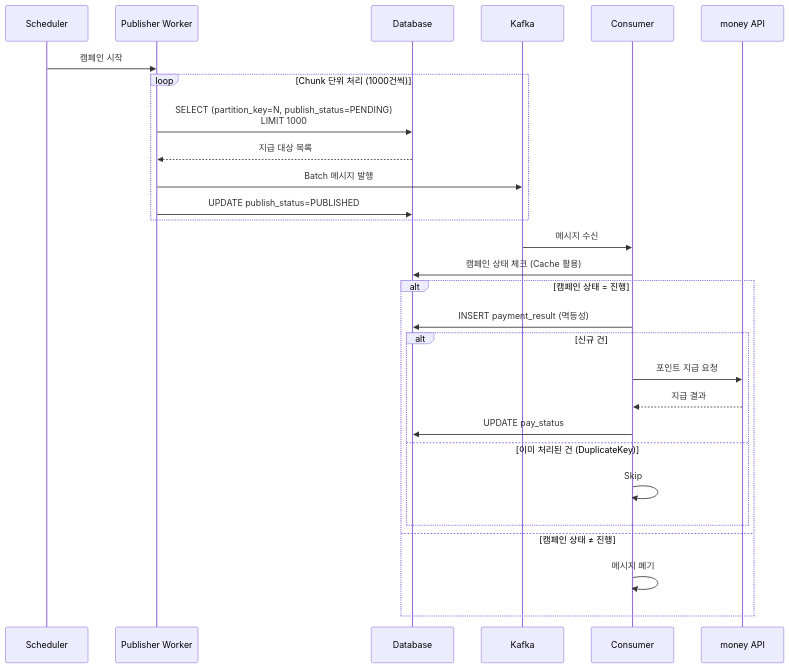
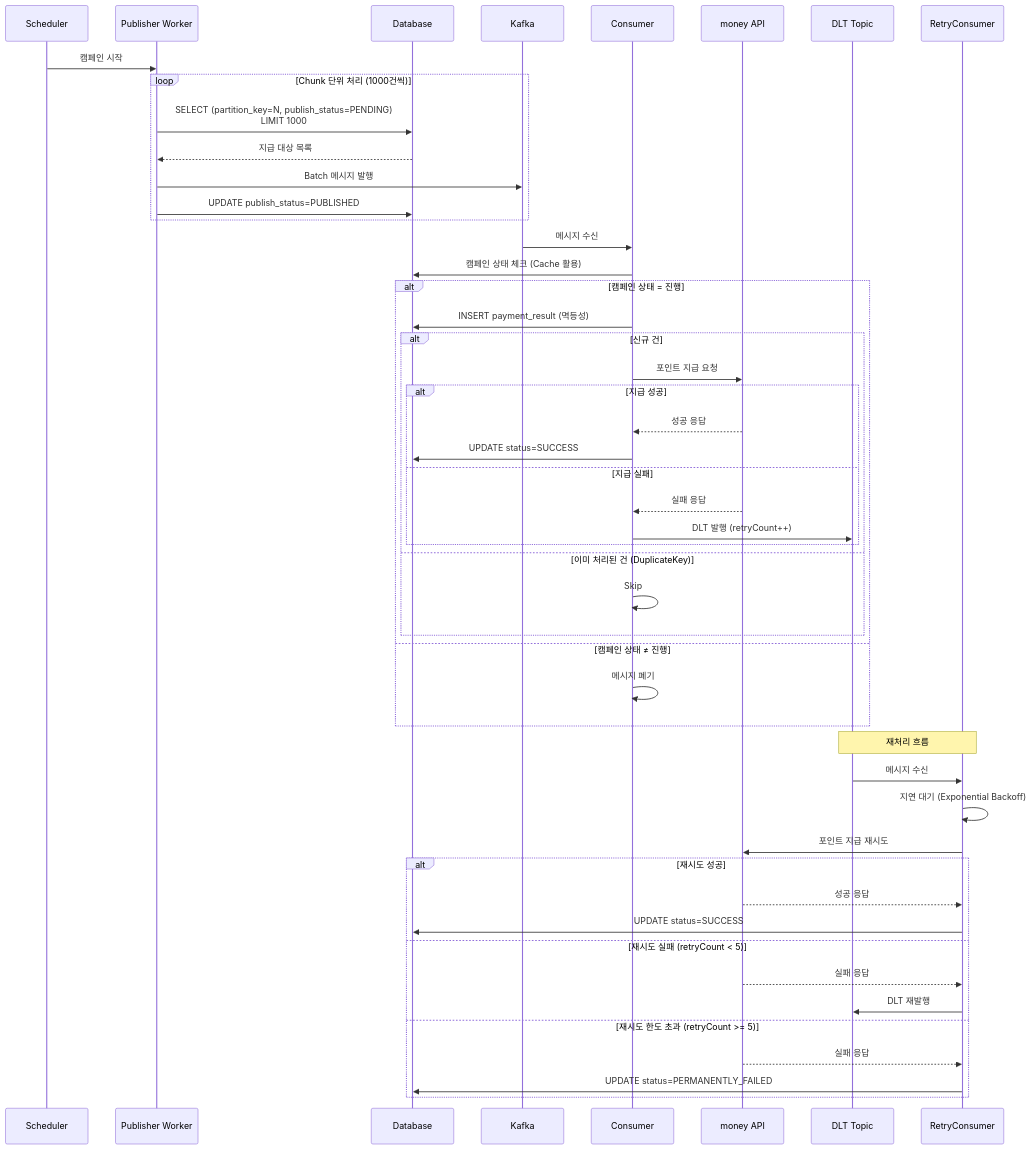
The second of 8 diagrams in 1. Project/2026_MP_대량 포인트 지급 시스템/02_Architecture.md (JiYoonKimjimmy/obsidian-vault), drawn with Mermaid before and after one commit. The commit also changed other lines of this file, not shown here.

````diff
--- a/1. Project/2026_MP_대량 포인트 지급 시스템/02_Architecture.md
+++ b/1. Project/2026_MP_대량 포인트 지급 시스템/02_Architecture.md
@@ -89,34 +89,56 @@
 ```mermaid
 sequenceDiagram
     participant S as Scheduler
     participant P as Publisher Worker
     participant DB as Database
     participant K as Kafka
     participant C as Consumer
     participant M as money API
+    participant DLT as DLT Topic
+    participant RC as RetryConsumer
 
     S->>P: 캠페인 시작
     
     loop Chunk 단위 처리 (1000건씩)
         P->>DB: SELECT (partition_key=N, publish_status=PENDING)<br/>LIMIT 1000
         DB-->>P: 지급 대상 목록
         P->>K: Batch 메시지 발행
         P->>DB: UPDATE publish_status=PUBLISHED
     end
     
     K->>C: 메시지 수신
     C->>DB: 캠페인 상태 체크 (Cache 활용)
     
     alt 캠페인 상태 = 진행
         C->>DB: INSERT payment_result (멱등성)
         alt 신규 건
             C->>M: 포인트 지급 요청
-            M-->>C: 지급 결과
-            C->>DB: UPDATE pay_status
+            alt 지급 성공
+                M-->>C: 성공 응답
+                C->>DB: UPDATE status=SUCCESS
+            else 지급 실패
+                M-->>C: 실패 응답
+                C->>DLT: DLT 발행 (retryCount++)
+            end
         else 이미 처리된 건 (DuplicateKey)
             C->>C: Skip
         end
     else 캠페인 상태 ≠ 진행
         C->>C: 메시지 폐기
     end
+    
+    Note over DLT,RC: 재처리 흐름
+    DLT->>RC: 메시지 수신
+    RC->>RC: 지연 대기 (Exponential Backoff)
+    RC->>M: 포인트 지급 재시도
+    alt 재시도 성공
+        M-->>RC: 성공 응답
+        RC->>DB: UPDATE status=SUCCESS
+    else 재시도 실패 (retryCount < 5)
+        M-->>RC: 실패 응답
+        RC->>DLT: DLT 재발행
+    else 재시도 한도 초과 (retryCount >= 5)
+        M-->>RC: 실패 응답
+        RC->>DB: UPDATE status=PERMANENTLY_FAILED
+    end
 ```
````
